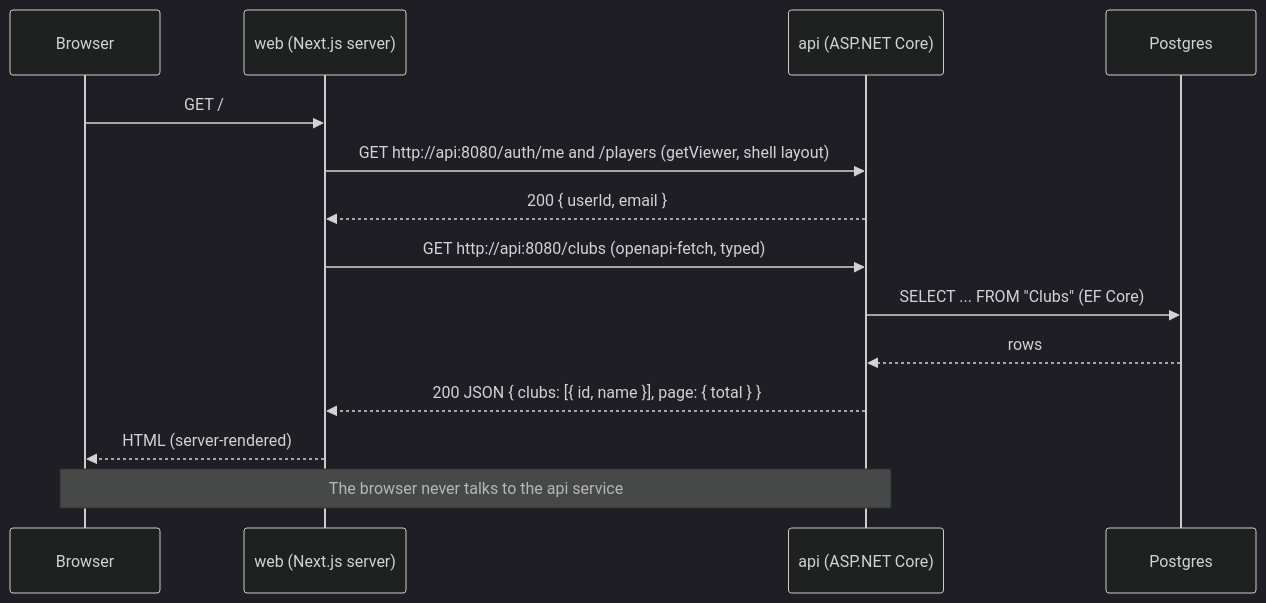
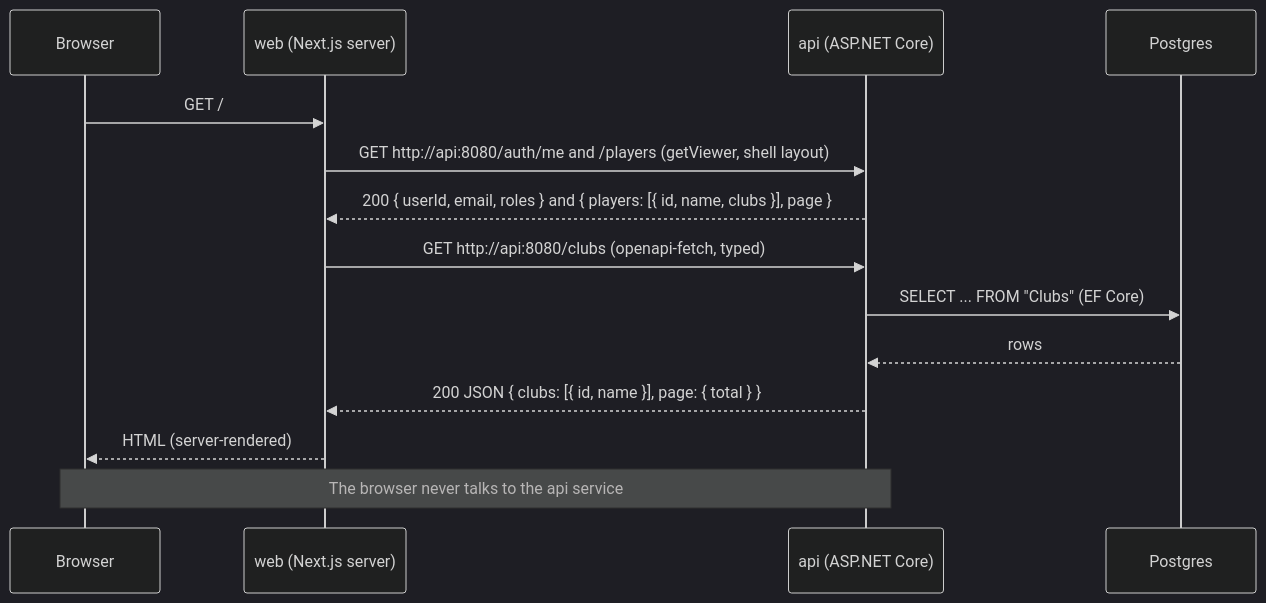
One commit to l1em1on1/social-tennis changed the second of 11 diagrams in docs/architecture.md. Above: the diagram before and after it, drawn with Mermaid (dark theme). The commit also changed other lines of this file and 17 other files, not shown here.

````diff
--- a/docs/architecture.md
+++ b/docs/architecture.md
@@ -30,17 +30,17 @@
 ```mermaid
 sequenceDiagram
     participant B as Browser
     participant W as web (Next.js server)
     participant A as api (ASP.NET Core)
     participant P as Postgres
 
     B->>W: GET /
     W->>A: GET http://api:8080/auth/me and /players (getViewer, shell layout)
-    A-->>W: 200 { userId, email }
+    A-->>W: 200 { userId, email, roles } and { players: [{ id, name, clubs }], page }
     W->>A: GET http://api:8080/clubs (openapi-fetch, typed)
     A->>P: SELECT ... FROM "Clubs" (EF Core)
     P-->>A: rows
     A-->>W: 200 JSON { clubs: [{ id, name }], page: { total } }
     W-->>B: HTML (server-rendered)
     Note over B,A: The browser never talks to the api service
 ```
````
